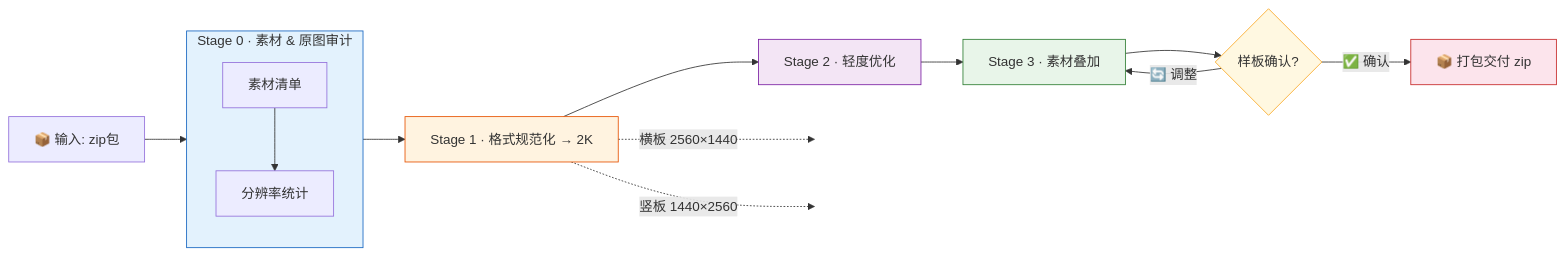
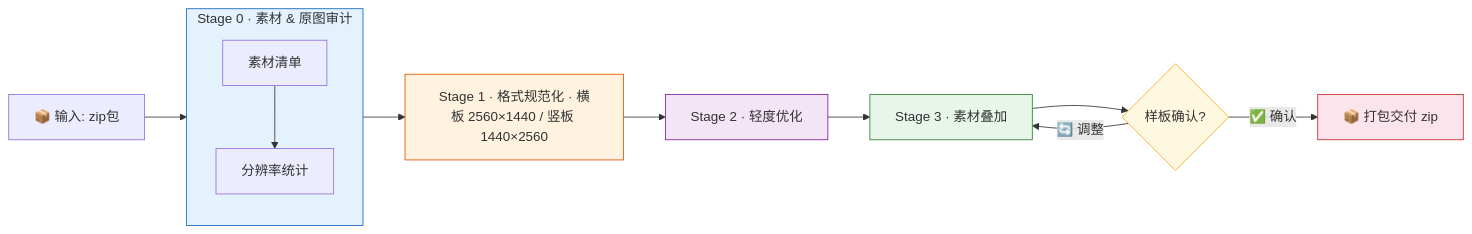
Before and after one commit to Alix2395/mingyuan-venue-image-creator: the diagram in README.md, drawn with Mermaid.

Commit message:
v0.3.1: remove dangling empty-node arrows, merge resolution into Stage 1 label

````diff
--- a/README.md
+++ b/README.md
@@ -13,27 +13,22 @@
 ```mermaid
 flowchart LR
     A["📦 输入: zip包"] --> B0
     
     subgraph B0[Stage 0 · 素材 & 原图审计]
         B1["素材清单"] --> B2["分辨率统计"]
     end
     
-    B0 --> C[Stage 1 · 格式规范化 → 2K]
+    B0 --> C["Stage 1 · 格式规范化 · 横板 2560×1440 / 竖板 1440×2560"]
     C --> D[Stage 2 · 轻度优化]
     D --> E[Stage 3 · 素材叠加]
     E --> G{样板确认?}
     G -->|✅ 确认| F["📦 打包交付 zip"]
     G -->|🔄 调整| E
-    
-    C -.->|横板 2560×1440| CL[" "]
-    C -.->|竖板 1440×2560| CP[" "]
     
     style B0 fill:#e3f2fd,stroke:#1565c0
     style C fill:#fff3e0,stroke:#e65100
     style D fill:#f3e5f5,stroke:#7b1fa2
     style E fill:#e8f5e9,stroke:#2e7d32
     style F fill:#fce4ec,stroke:#c62828
     style G fill:#fff8e1,stroke:#f9a825
-    style CL fill:transparent,stroke:none
-    style CP fill:transparent,stroke:none
 ```
````
